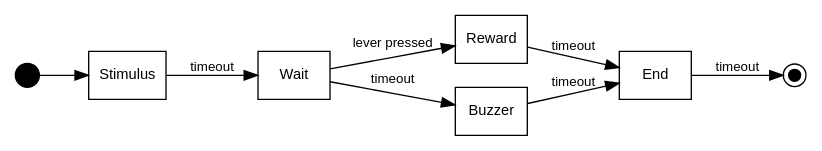
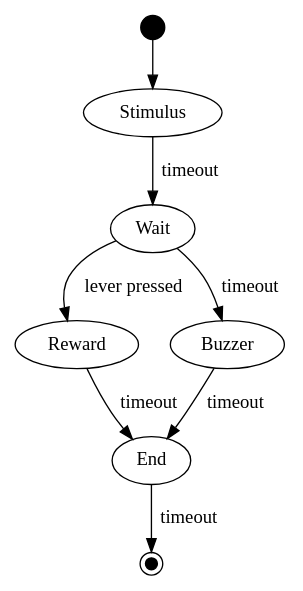
Before and after one commit to int-brain-lab/bpod-core: the fourth of 4 diagrams in docs/source/state_machines/index.rst, drawn with Graphviz. The commit also changed other lines of this file and 2 other files, not shown here.

Commit message:
centralize formatting of graphviz figures

```diff
--- a/docs/source/state_machines/index.rst
+++ b/docs/source/state_machines/index.rst
@@ -95,28 +83,23 @@
 .. graphviz::
-   :align: center
    :caption: A simple trial sequence implemented as a finite-state machine.
 
-   digraph example {
-       rankdir=LR;
-       node [shape=rectangle, fontname="Helvetica, sans-serif", fontsize=11];
-       edge [fontname="Helvetica, sans-serif", fontsize=10];
-
+   digraph {
       s [label="", shape=circle, style=filled, fillcolor=black, width=0.25];
       x [label="", shape=doublecircle, style=filled, fillcolor=black, width=0.125];
 
       a [label="Stimulus"];
       b [label="Wait"];
       c [label="Reward"];
       d [label="Buzzer"];
       e [label="End"];
 
-      { rank=same; c; d; }
-
       s -> a
       a -> b [label="timeout"];
       b -> c [label="lever pressed"];
       b -> d [label="timeout"];
       c -> e [label="timeout"];
       d -> e [label="timeout"];
       e -> x [label="timeout"];
+
+      { rank=same; c; d; }
    }
```
